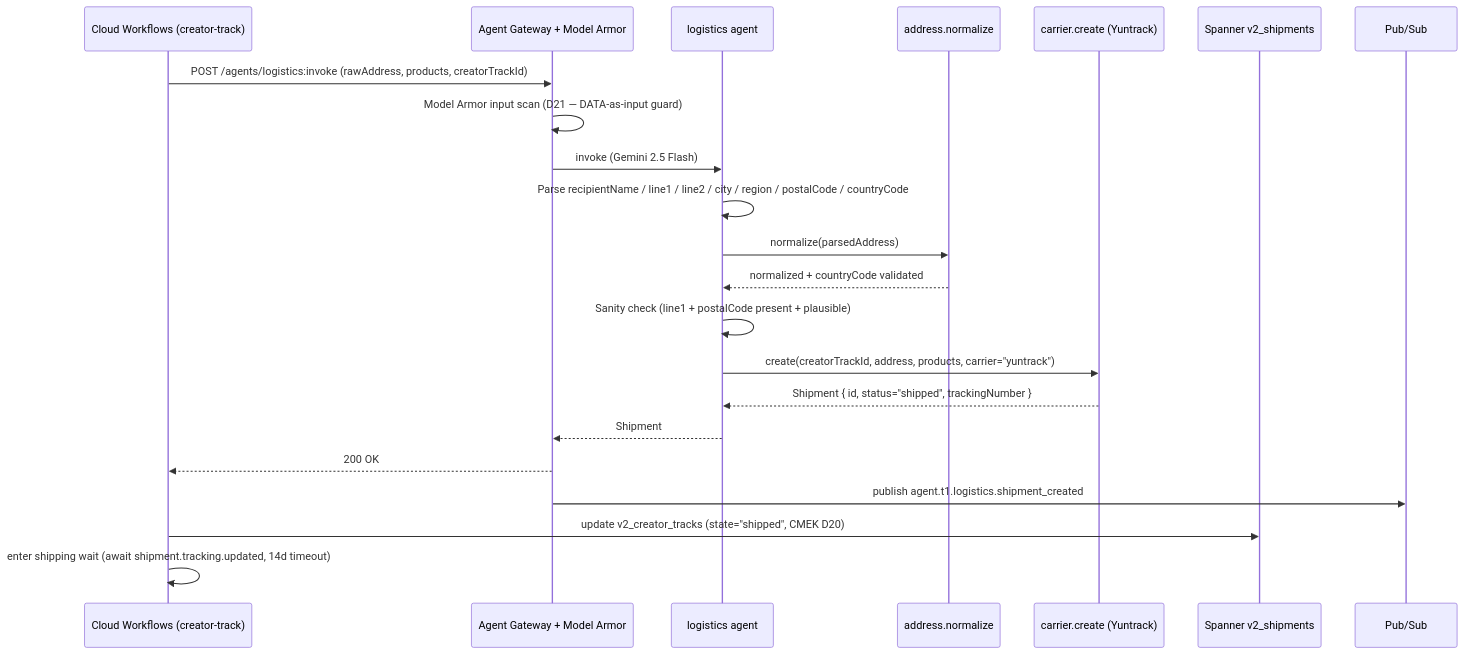
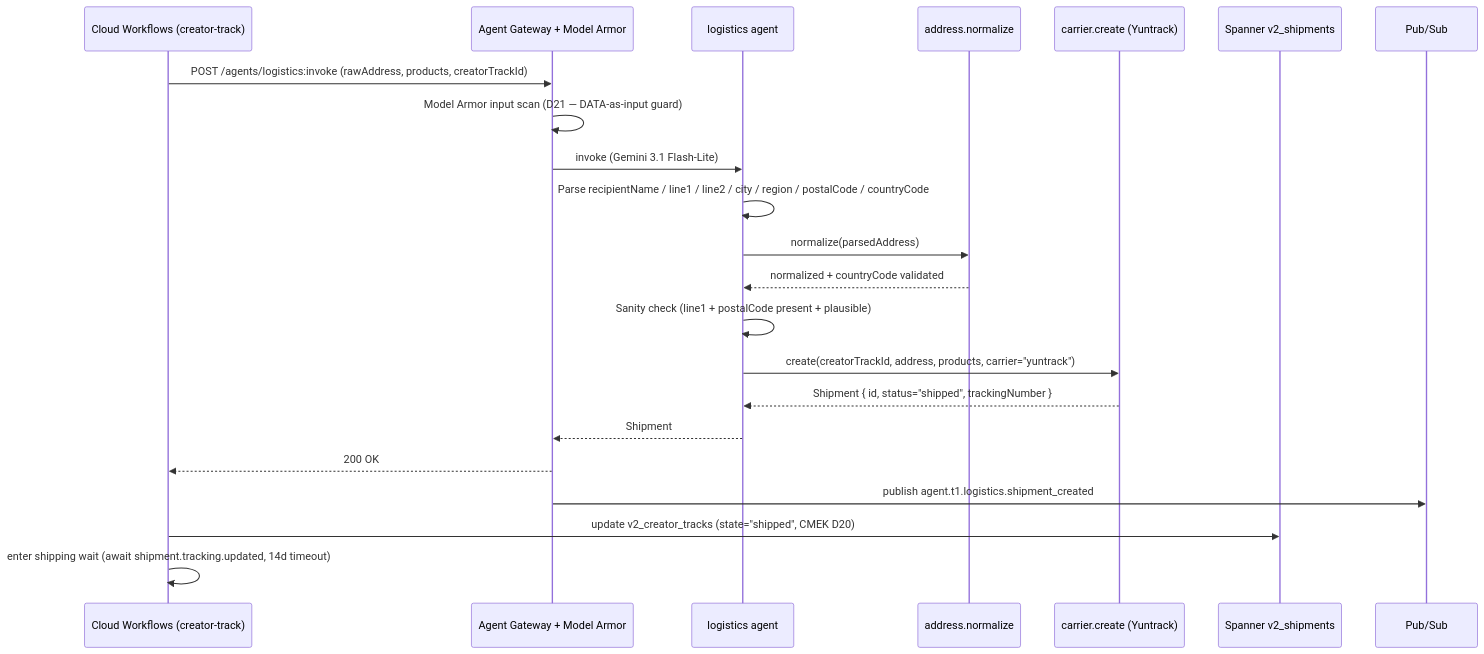
The diagram in gcp-research/specs/tier1/logistics.spec.md (Two-Weeks-Team/social-seeding-v2-public), drawn with Mermaid before and after one commit. The commit also changed other lines of this file and 30 other files, not shown here.

````diff
--- a/gcp-research/specs/tier1/logistics.spec.md
+++ b/gcp-research/specs/tier1/logistics.spec.md
@@ -166,25 +166,25 @@
 ```mermaid
 sequenceDiagram
   participant WF as Cloud Workflows (creator-track)
   participant AG as Agent Gateway + Model Armor
   participant LO as logistics agent
   participant AN as address.normalize
   participant CC as carrier.create (Yuntrack)
   participant SP as Spanner v2_shipments
   participant PS as Pub/Sub
 
   WF->>AG: POST /agents/logistics:invoke (rawAddress, products, creatorTrackId)
   AG->>AG: Model Armor input scan (D21 — DATA-as-input guard)
-  AG->>LO: invoke (Gemini 2.5 Flash)
+  AG->>LO: invoke (Gemini 3.1 Flash-Lite)
   LO->>LO: Parse recipientName / line1 / line2 / city / region / postalCode / countryCode
   LO->>AN: normalize(parsedAddress)
   AN-->>LO: normalized + countryCode validated
   LO->>LO: Sanity check (line1 + postalCode present + plausible)
   LO->>CC: create(creatorTrackId, address, products, carrier="yuntrack")
   CC-->>LO: Shipment { id, status="shipped", trackingNumber }
   LO-->>AG: Shipment
   AG-->>WF: 200 OK
   AG->>PS: publish agent.t1.logistics.shipment_created
   WF->>SP: update v2_creator_tracks (state="shipped", CMEK D20)
   WF->>WF: enter shipping wait (await shipment.tracking.updated, 14d timeout)
 ```
````
